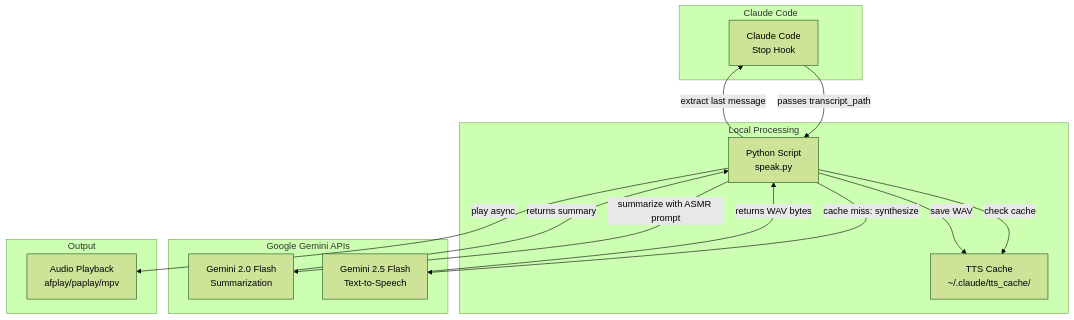
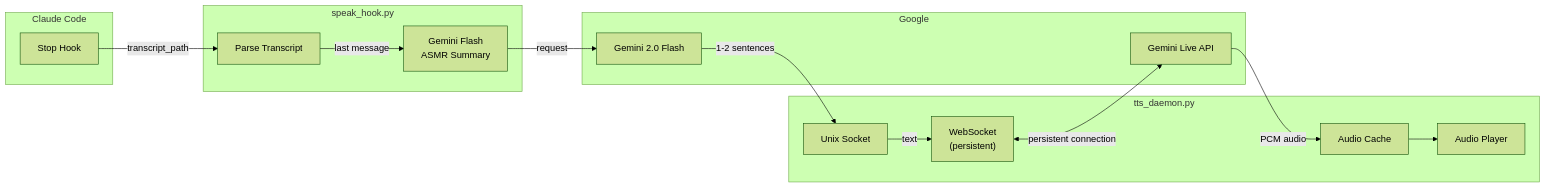
Before and after one commit to serejaris/claude-code-tts: the diagram in README.md, drawn with Mermaid (forest theme). The commit also changed other lines of this file and 3 other files, not shown here.

First line of the commit message:
feat: add low-latency daemon with Gemini Live API WebSocket

````diff
--- a/README.md
+++ b/README.md
@@ -9,30 +9,32 @@
 ```mermaid
-flowchart TB
+flowchart LR
     subgraph "Claude Code"
-        CC["Claude Code<br/>Stop Hook"]
+        Hook["Stop Hook"]
     end
 
-    subgraph "Local Processing"
-        Python["Python Script<br/>speak.py"]
-        Cache["TTS Cache<br/>~/.claude/tts_cache/"]
+    subgraph "speak_hook.py"
+        Parse["Parse Transcript"]
+        Summary["Gemini Flash<br/>ASMR Summary"]
     end
 
-    subgraph "Google Gemini APIs"
-        Flash["Gemini 2.0 Flash<br/>Summarization"]
-        TTS["Gemini 2.5 Flash<br/>Text-to-Speech"]
+    subgraph "tts_daemon.py"
+        Socket["Unix Socket"]
+        WS["WebSocket<br/>(persistent)"]
+        Cache["Audio Cache"]
+        Player["Audio Player"]
     end
 
-    subgraph "Output"
-        Audio["Audio Playback<br/>afplay/paplay/mpv"]
+    subgraph "Google"
+        Flash["Gemini 2.0 Flash"]
+        Live["Gemini Live API"]
     end
 
-    CC -->|passes transcript_path| Python
-    Python -->|extract last message| CC
-    Python -->|summarize with ASMR prompt| Flash
-    Flash -->|returns summary| Python
-    Python -->|check cache| Cache
-    Python -->|cache miss: synthesize| TTS
-    TTS -->|returns WAV bytes| Python
-    Python -->|save WAV| Cache
-    Python -->|play async| Audio
+    Hook -->|transcript_path| Parse
+    Parse -->|last message| Summary
+    Summary -->|request| Flash
+    Flash -->|1-2 sentences| Socket
+    Socket -->|text| WS
+    WS <-->|persistent connection| Live
+    Live -->|PCM audio| Cache
+    Cache --> Player
 ```
````
